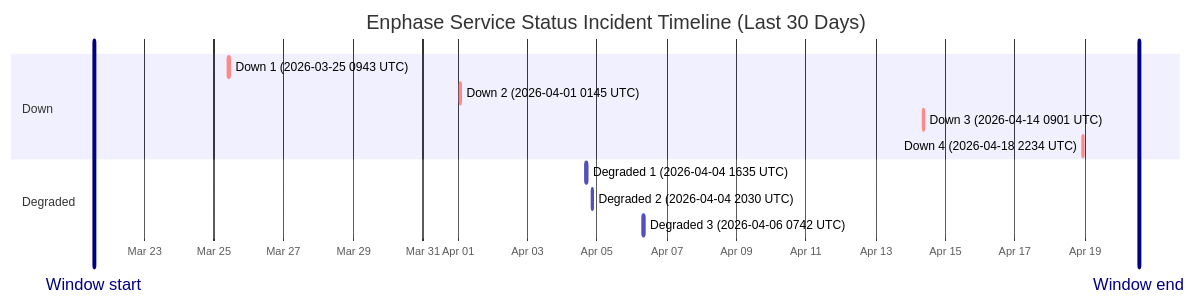
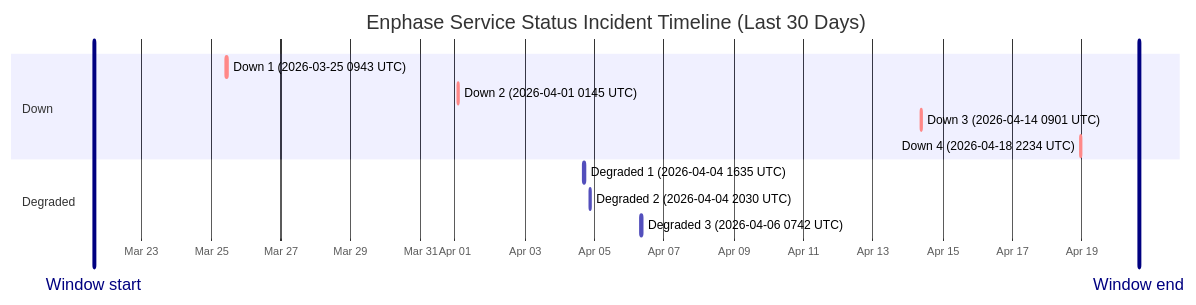
The diagram in wiki/Service-Status-History.md (barneyonline/ha-enphase-ev-charger), drawn with Mermaid before and after one commit. The commit also changed other lines of this file and 3 other files, not shown here.

````diff
--- a/wiki/Service-Status-History.md
+++ b/wiki/Service-Status-History.md
@@ -14,17 +14,17 @@
 ```mermaid
 gantt
     title Enphase Service Status Incident Timeline (Last 30 Days)
     dateFormat  YYYY-MM-DDTHH:mm:ss
     axisFormat  %b %d
-    Window start :vert, window-start, 2026-03-21T13:27:52, 0ms
-    Window end :vert, window-end, 2026-04-20T13:27:52, 0ms
+    Window start :vert, window-start, 2026-03-21T15:03:59, 0ms
+    Window end :vert, window-end, 2026-04-20T15:03:59, 0ms
     section Down
     Down 1 (2026-03-25 0943 UTC) :crit, down-1, 2026-03-25T09:43:28, 111m
     Down 2 (2026-04-01 0145 UTC) :crit, down-2, 2026-04-01T01:45:09, 60m
     Down 3 (2026-04-14 0901 UTC) :crit, down-3, 2026-04-14T09:01:13, 60m
     Down 4 (2026-04-18 2234 UTC) :crit, down-4, 2026-04-18T22:34:13, 60m
     section Degraded
     Degraded 1 (2026-04-04 1635 UTC) :active, degraded-1, 2026-04-04T16:35:17, 60m
     Degraded 2 (2026-04-04 2030 UTC) :active, degraded-2, 2026-04-04T20:30:40, 60m
     Degraded 3 (2026-04-06 0742 UTC) :active, degraded-3, 2026-04-06T07:42:09, 85m
 ```
````
